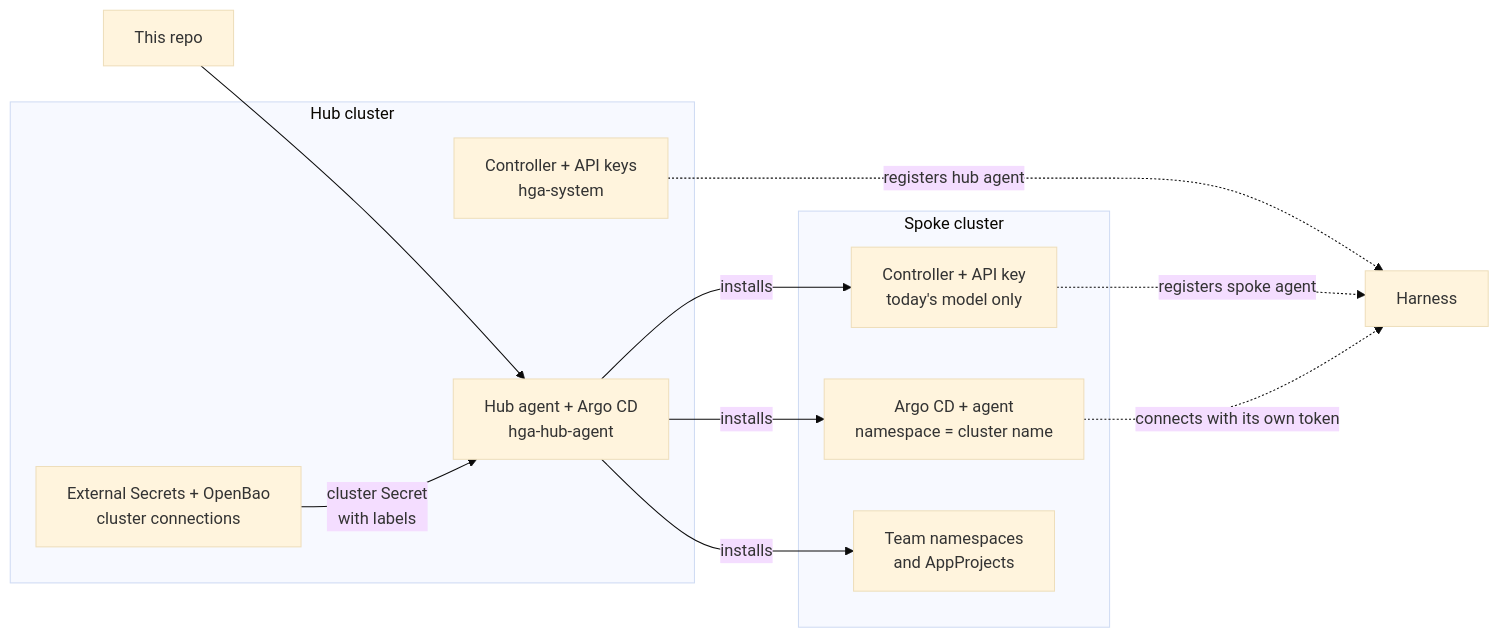
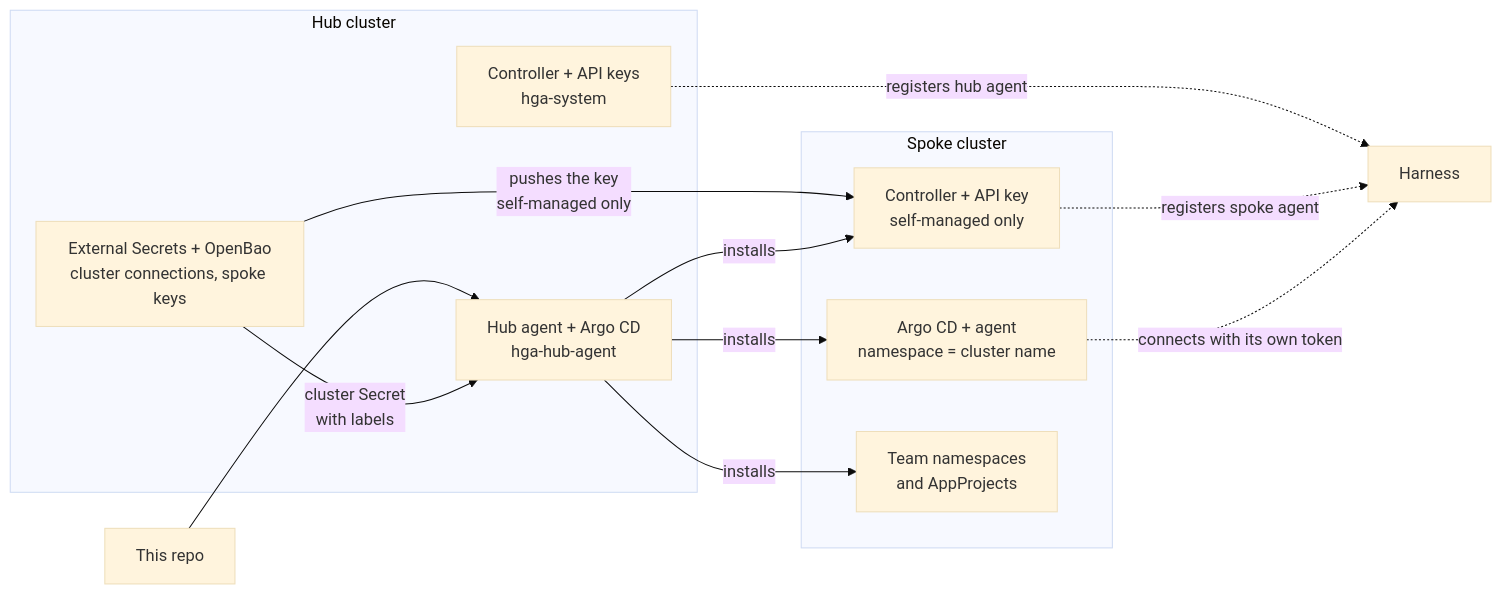
Before and after one commit to harness-landing-zone/harness-gitops: the diagram in README.md, drawn with Mermaid (base theme). The commit also changed other lines of this file and 29 other files, not shown here.

````diff
--- a/README.md
+++ b/README.md
@@ -28,21 +28,22 @@
 ```mermaid
 flowchart LR
   git["This repo"] --> hubargo
   subgraph hub["Hub cluster"]
     ctrl["Controller + API keys<br/>hga-system"]
     hubargo["Hub agent + Argo CD<br/>hga-hub-agent"]
-    eso["External Secrets + OpenBao<br/>cluster connections"]
+    eso["External Secrets + OpenBao<br/>cluster connections, spoke keys"]
   end
   subgraph spoke["Spoke cluster"]
-    sctrl["Controller + API key<br/>today's model only"]
+    sctrl["Controller + API key<br/>self-managed only"]
     rt["Argo CD + agent<br/>namespace = cluster name"]
     teams["Team namespaces<br/>and AppProjects"]
   end
   eso -- "cluster Secret<br/>with labels" --> hubargo
+  eso -- "pushes the key<br/>self-managed only" --> sctrl
   hubargo -- "installs" --> sctrl
   hubargo -- "installs" --> rt
   hubargo -- "installs" --> teams
   ctrl -. "registers hub agent" .-> harness["Harness"]
   sctrl -. "registers spoke agent" .-> harness
   rt -. "connects with its own token" .-> harness
 ```
````
